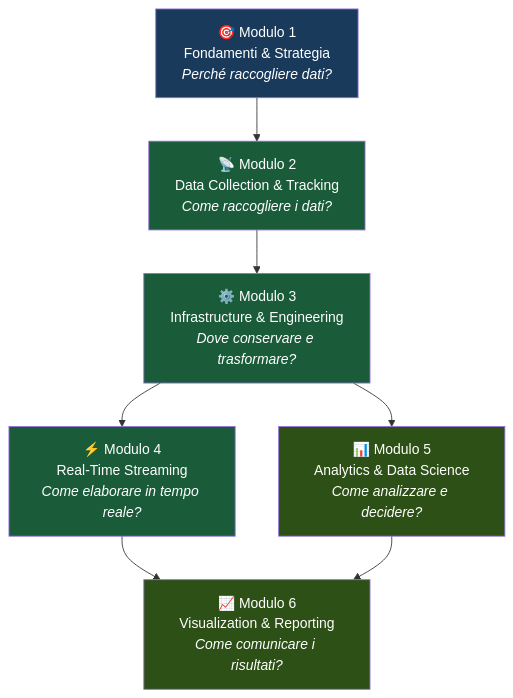
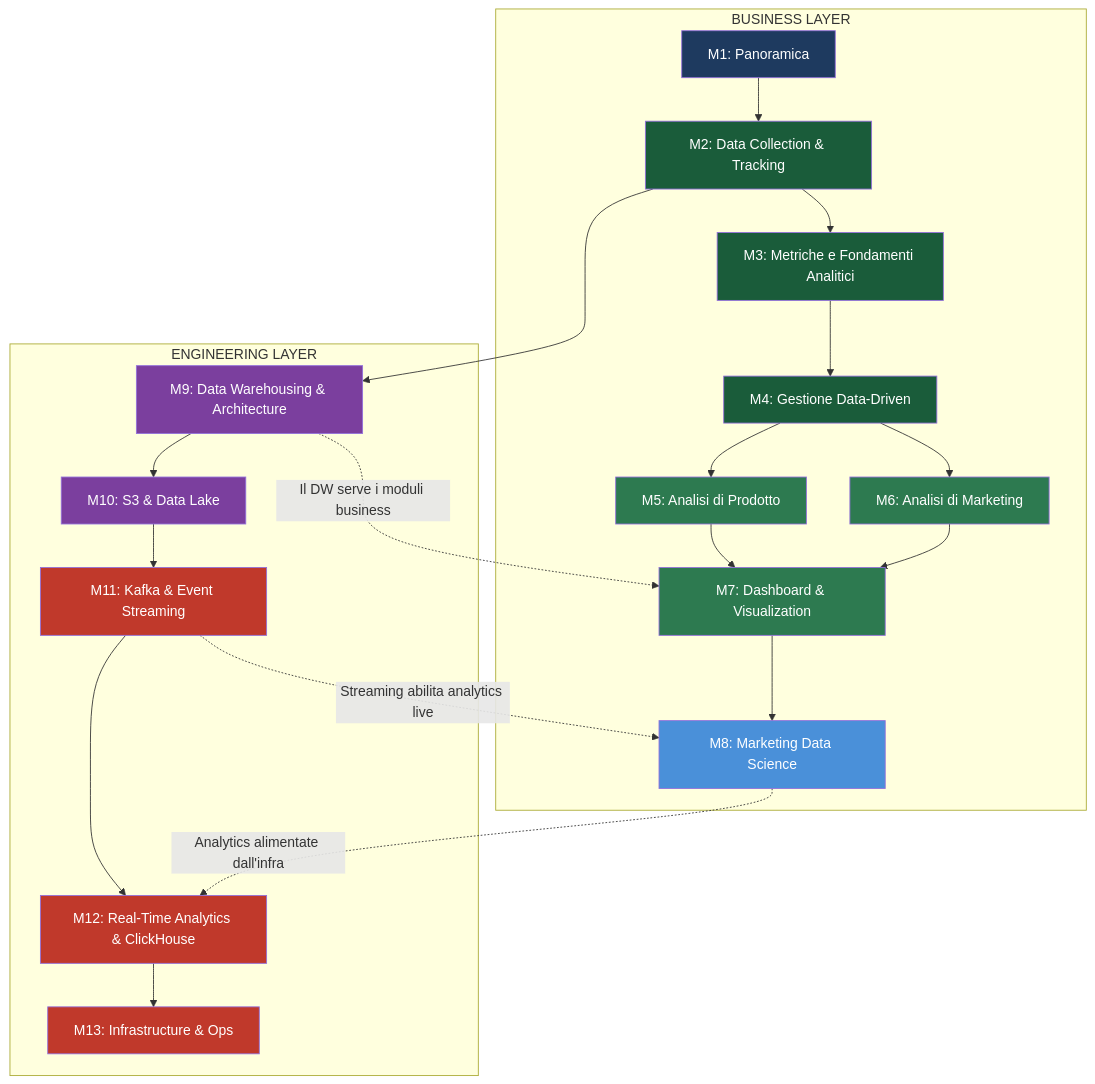
The first of 5 diagrams in src/content/corso/panoramica/mappe-concettuali.mdx (AndreyBertasini/gynnitech), drawn with Mermaid before and after one commit. The commit also changed other lines of this file and 11 other files, not shown here.

````diff
--- a/src/content/corso/panoramica/mappe-concettuali.mdx
+++ b/src/content/corso/panoramica/mappe-concettuali.mdx
@@ -18,16 +26,39 @@
 ```mermaid
 graph TD
-    M1["🎯 Modulo 1<br>Fondamenti & Strategia<br><i>Perché raccogliere dati?</i>"]
-    --> M2["📡 Modulo 2<br>Data Collection & Tracking<br><i>Come raccogliere i dati?</i>"]
-    M2 --> M3["⚙️ Modulo 3<br>Infrastructure & Engineering<br><i>Dove conservare e trasformare?</i>"]
-    M3 --> M4["⚡ Modulo 4<br>Real-Time Streaming<br><i>Come elaborare in tempo reale?</i>"]
-    M3 --> M5["📊 Modulo 5<br>Analytics & Data Science<br><i>Come analizzare e decidere?</i>"]
-    M4 --> M6["📈 Modulo 6<br>Visualization & Reporting<br><i>Come comunicare i risultati?</i>"]
-    M5 --> M6
-    style M1 fill:#1a3a5c,color:#ffffff
-    style M2 fill:#1a5c3a,color:#ffffff
-    style M3 fill:#1a5c3a,color:#ffffff
-    style M4 fill:#1a5c3a,color:#ffffff
-    style M5 fill:#2d5016,color:#ffffff
-    style M6 fill:#2d5016,color:#ffffff
+    subgraph BL["BUSINESS LAYER"]
+        M1["M1: Panoramica"] --> M2["M2: Data Collection & Tracking"]
+        M2 --> M3["M3: Metriche e Fondamenti Analitici"]
+        M3 --> M4["M4: Gestione Data-Driven"]
+        M4 --> M5["M5: Analisi di Prodotto"]
+        M4 --> M6["M6: Analisi di Marketing"]
+        M5 --> M7["M7: Dashboard & Visualization"]
+        M6 --> M7
+        M7 --> M8["M8: Marketing Data Science"]
+    end
+
+    subgraph EL["ENGINEERING LAYER"]
+        M2 --> M9["M9: Data Warehousing & Architecture"]
+        M9 --> M10["M10: S3 & Data Lake"]
+        M10 --> M11["M11: Kafka & Event Streaming"]
+        M11 --> M12["M12: Real-Time Analytics & ClickHouse"]
+        M12 --> M13["M13: Infrastructure & Ops"]
+    end
+
+    M8 -.->|"Analytics alimentate dall'infra"| M12
+    M9 -.->|"Il DW serve i moduli business"| M7
+    M11 -.->|"Streaming abilita analytics live"| M8
+
+    style M1 fill:#1e3a5f,color:#fff
+    style M2 fill:#1a5c3a,color:#fff
+    style M3 fill:#1a5c3a,color:#fff
+    style M4 fill:#1a5c3a,color:#fff
+    style M5 fill:#2d7a50,color:#fff
+    style M6 fill:#2d7a50,color:#fff
+    style M7 fill:#2d7a50,color:#fff
+    style M8 fill:#4a90d9,color:#fff
+    style M9 fill:#7b3f9e,color:#fff
+    style M10 fill:#7b3f9e,color:#fff
+    style M11 fill:#c0392b,color:#fff
+    style M12 fill:#c0392b,color:#fff
+    style M13 fill:#c0392b,color:#fff
 ```
````
